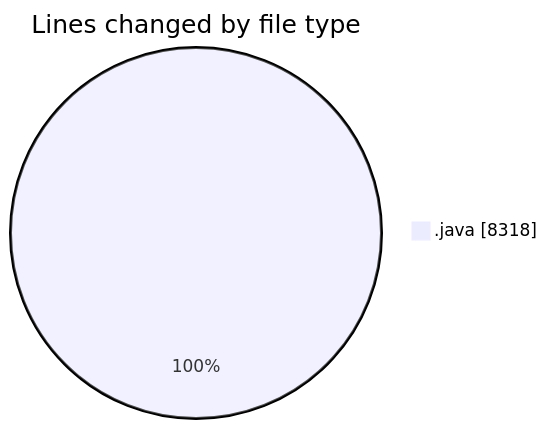
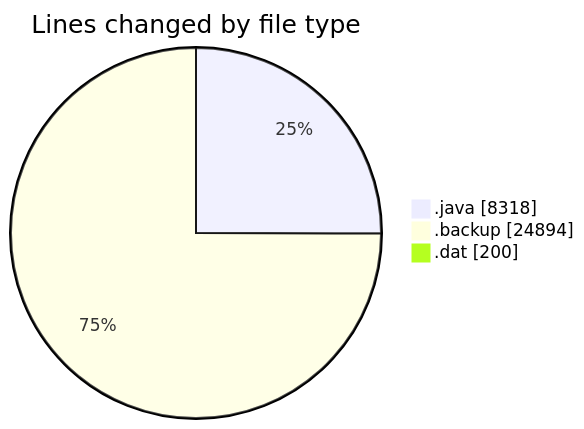
One commit to ricardozamudiocil/code-tracking changed the first of 2 diagrams in 2026-07-01/cilapp/README.md. Above: the diagram before and after it, drawn with Mermaid. The commit also changed other lines of this file and 1 other file, not shown here.

````diff
--- a/2026-07-01/cilapp/README.md
+++ b/2026-07-01/cilapp/README.md
@@ -20,5 +22,7 @@
 ```mermaid
 pie showData
 title Lines changed by file type
 ".java" : 8318
+".backup" : 24894
+".dat" : 200
 ```
````
